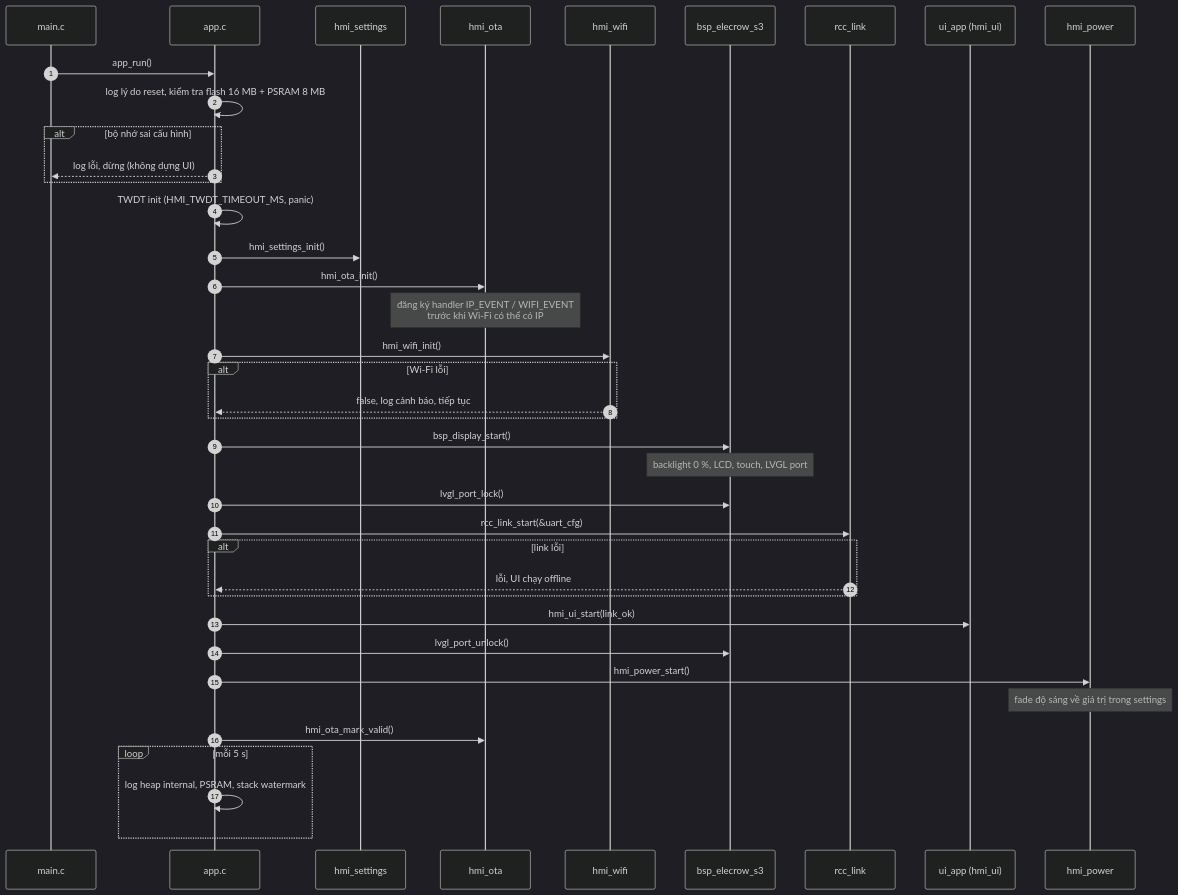
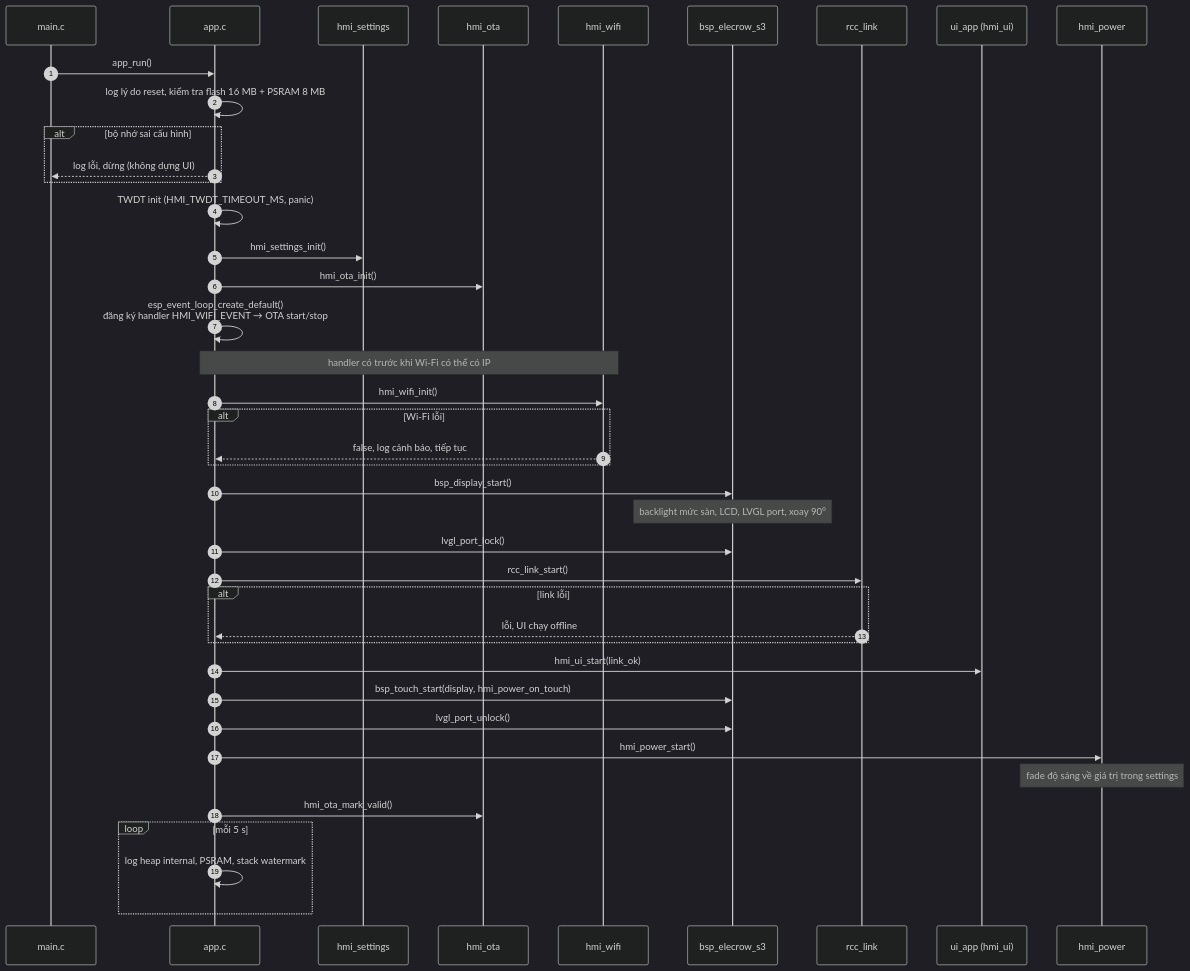
One commit to whoisLePhuc/Robot-Charge-Controller-HMI changed the fifth of 5 diagrams in docs/firmware-restructure-design.md. Above: the diagram before and after it, drawn with Mermaid (dark theme). The commit also changed other lines of this file and 3 other files, not shown here.

First line of the commit message:
new_firmware: document the component architecture (phase 2.7)

````diff
--- a/docs/firmware-restructure-design.md
+++ b/docs/firmware-restructure-design.md
@@ -347,42 +363,44 @@
 ```mermaid
 sequenceDiagram
     autonumber
     participant M as main.c
     participant A as app.c
     participant S as hmi_settings
     participant O as hmi_ota
     participant W as hmi_wifi
     participant B as bsp_elecrow_s3
     participant L as rcc_link
     participant U as ui_app (hmi_ui)
     participant P as hmi_power
 
     M->>A: app_run()
     A->>A: log lý do reset, kiểm tra flash 16 MB + PSRAM 8 MB
     alt bộ nhớ sai cấu hình
         A-->>M: log lỗi, dừng (không dựng UI)
     end
     A->>A: TWDT init (HMI_TWDT_TIMEOUT_MS, panic)
     A->>S: hmi_settings_init()
     A->>O: hmi_ota_init()
-    Note over O: đăng ký handler IP_EVENT / WIFI_EVENT<br/>trước khi Wi-Fi có thể có IP
+    A->>A: esp_event_loop_create_default()<br/>đăng ký handler HMI_WIFI_EVENT → OTA start/stop
+    Note over A,W: handler có trước khi Wi-Fi có thể có IP
     A->>W: hmi_wifi_init()
     alt Wi-Fi lỗi
         W-->>A: false, log cảnh báo, tiếp tục
     end
     A->>B: bsp_display_start()
-    Note over B: backlight 0 %, LCD, touch, LVGL port
+    Note over B: backlight mức sàn, LCD, LVGL port, xoay 90°
     A->>B: lvgl_port_lock()
-    A->>L: rcc_link_start(&uart_cfg)
+    A->>L: rcc_link_start()
     alt link lỗi
         L-->>A: lỗi, UI chạy offline
     end
     A->>U: hmi_ui_start(link_ok)
+    A->>B: bsp_touch_start(display, hmi_power_on_touch)
     A->>B: lvgl_port_unlock()
     A->>P: hmi_power_start()
     Note over P: fade độ sáng về giá trị trong settings
     A->>O: hmi_ota_mark_valid()
     loop mỗi 5 s
         A->>A: log heap internal, PSRAM, stack watermark
     end
 ```
````
